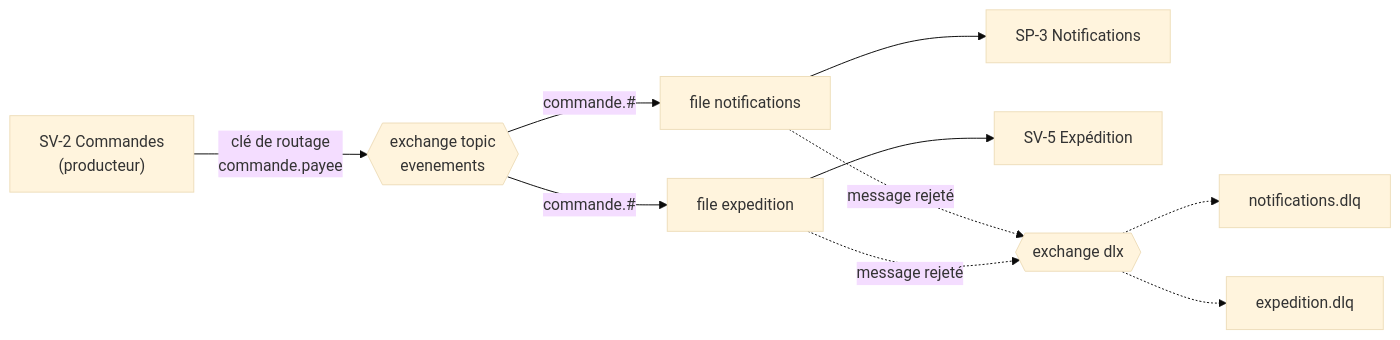
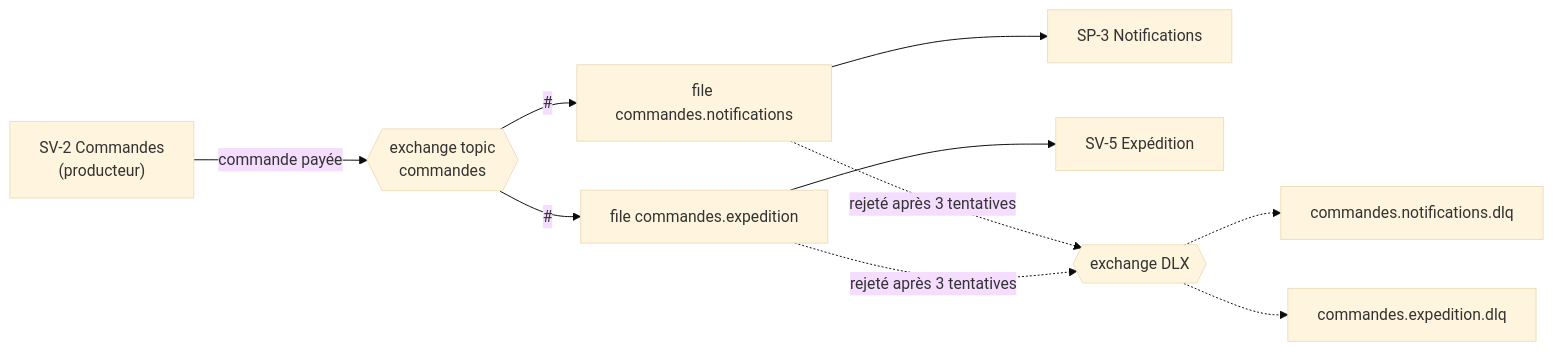
The diagram in docs/technologies/US-05.2_demo_rabbitmq.md (ALD3X/CESI_B3_Collab), drawn with Mermaid (base theme) before and after one commit. The commit also changed other lines of this file and 8 other files, not shown here.

````diff
--- a/docs/technologies/US-05.2_demo_rabbitmq.md
+++ b/docs/technologies/US-05.2_demo_rabbitmq.md
@@ -15,12 +17,12 @@
 ```mermaid
 flowchart LR
-    P["SV-2 Commandes<br/>(producteur)"] -->|"clé de routage<br/>commande.payee"| X{{"exchange topic<br/>evenements"}}
-    X -->|"commande.#"| Q1["file notifications"]
-    X -->|"commande.#"| Q2["file expedition"]
+    P["SV-2 Commandes<br/>(producteur)"] -->|"commande payée"| X{{"exchange topic<br/>commandes"}}
+    X -->|"#"| Q1["file commandes.notifications"]
+    X -->|"#"| Q2["file commandes.expedition"]
     Q1 --> C1["SP-3 Notifications"]
     Q2 --> C2["SV-5 Expédition"]
-    Q1 -. "message rejeté" .-> DLX{{"exchange dlx"}}
-    Q2 -. "message rejeté" .-> DLX
-    DLX -.-> D1["notifications.dlq"]
-    DLX -.-> D2["expedition.dlq"]
+    Q1 -. "rejeté après 3 tentatives" .-> DLX{{"exchange DLX"}}
+    Q2 -. "rejeté après 3 tentatives" .-> DLX
+    DLX -.-> D1["commandes.notifications.dlq"]
+    DLX -.-> D2["commandes.expedition.dlq"]
 ```
````
